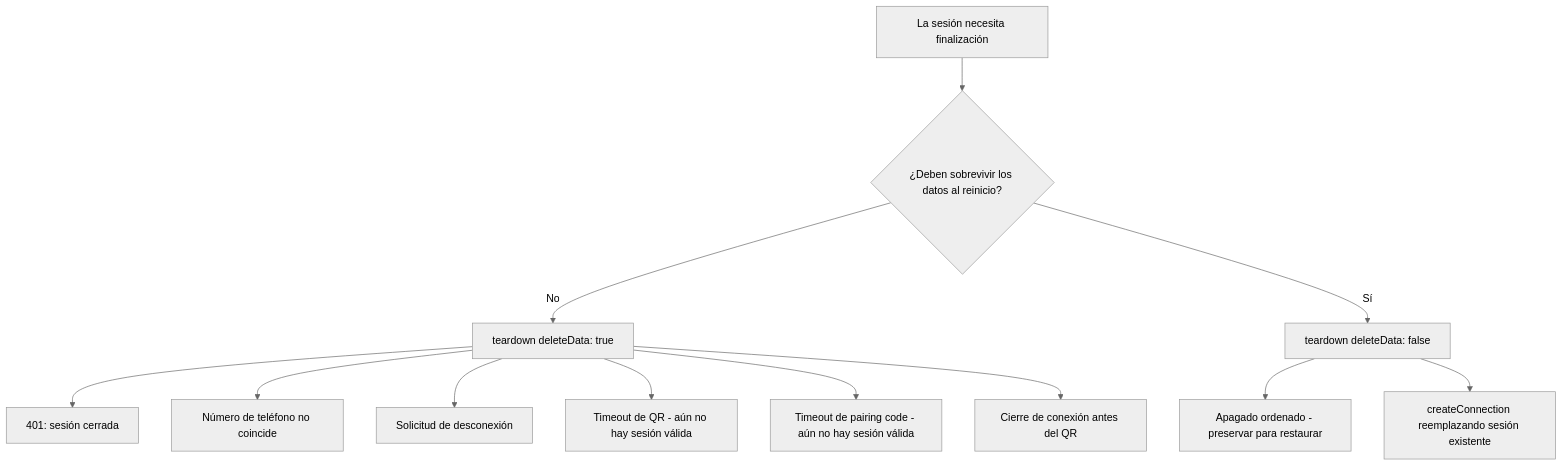
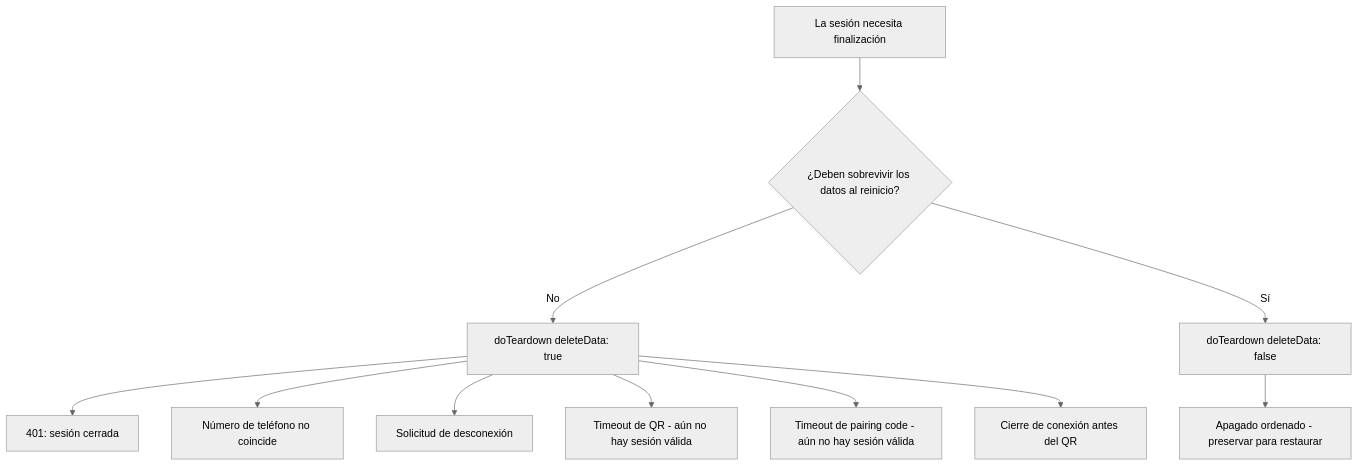
One commit to Fibra-Labs/chepibe-personal changed the second of 9 diagrams in docs/whatsapp-session-lifecycle.md. Above: the diagram before and after it, drawn with Mermaid (neutral theme). The commit also changed other lines of this file and 41 other files, not shown here.

````diff
--- a/docs/whatsapp-session-lifecycle.md
+++ b/docs/whatsapp-session-lifecycle.md
@@ -52,16 +52,15 @@
 ```mermaid
 flowchart TD
     A[La sesión necesita finalización] --> B{¿Deben sobrevivir los datos al reinicio?}
-    B -->|No| C[teardown deleteData: true]
-    B -->|Sí| D[teardown deleteData: false]
+    B -->|No| C[doTeardown deleteData: true]
+    B -->|Sí| D[doTeardown deleteData: false]
 
     C --> C1[401: sesión cerrada]
     C --> C2[Número de teléfono no coincide]
     C --> C3[Solicitud de desconexión]
     C --> C4[Timeout de QR - aún no hay sesión válida]
     C --> C5[Timeout de pairing code - aún no hay sesión válida]
     C --> C6[Cierre de conexión antes del QR]
 
     D --> D1[Apagado ordenado - preservar para restaurar]
-    D --> D2[createConnection reemplazando sesión existente]
 ```
````
